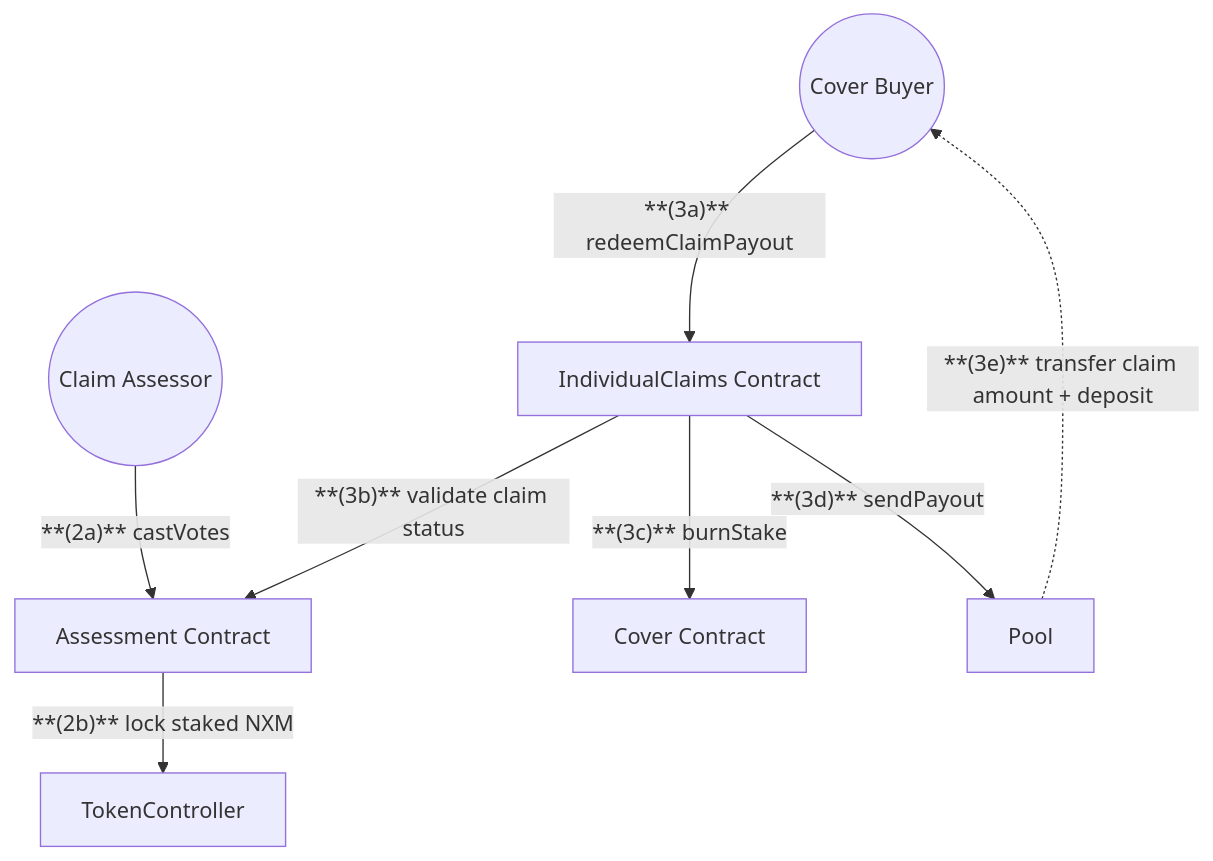
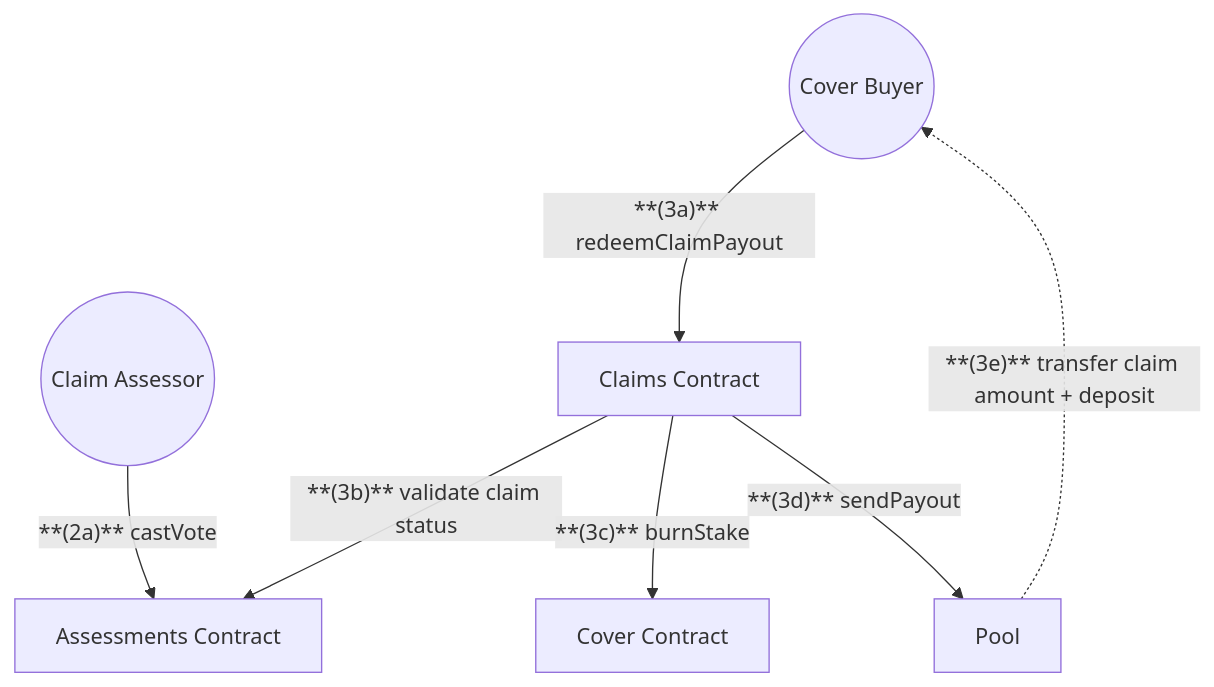
The second of 2 diagrams in docs/developers/Diagrams/Contracts Diagrams/claims-assessment.md (NexusMutual/docs), drawn with Mermaid before and after one commit. The commit also changed other lines of this file and 8 other files, not shown here.

First line of the commit message:
docs: update diagrams and user flows for the current contracts

````diff
--- a/docs/developers/Diagrams/Contracts Diagrams/claims-assessment.md
+++ b/docs/developers/Diagrams/Contracts Diagrams/claims-assessment.md
@@ -29,24 +29,22 @@
 ```mermaid
 graph TD
     %% Users
     Member(("Cover Buyer"))
     Assessor(("Claim Assessor"))
 
     %% Contracts
-    IndividualClaims["IndividualClaims Contract"]
-    Assessment["Assessment Contract"]
+    Claims["Claims Contract"]
+    Assessments["Assessments Contract"]
     Cover["Cover Contract"]
-    TokenController["TokenController"]
     Pool["Pool"]
 
     %% Assessment Process
-    Assessor -->|"**(2a)** castVotes"| Assessment
-    Assessment -->|"**(2b)** lock staked NXM"| TokenController
+    Assessor -->|"**(2a)** castVote"| Assessments
 
     %% Claim Payout
-    Member -->|"**(3a)** redeemClaimPayout"| IndividualClaims
-    IndividualClaims -->|"**(3b)** validate claim status"| Assessment
-    IndividualClaims -->|"**(3c)** burnStake"| Cover
-    IndividualClaims -->|"**(3d)** sendPayout"| Pool
+    Member -->|"**(3a)** redeemClaimPayout"| Claims
+    Claims -->|"**(3b)** validate claim status"| Assessments
+    Claims -->|"**(3c)** burnStake"| Cover
+    Claims -->|"**(3d)** sendPayout"| Pool
     Pool -.->|"**(3e)** transfer claim amount + deposit"| Member
 ```
````
